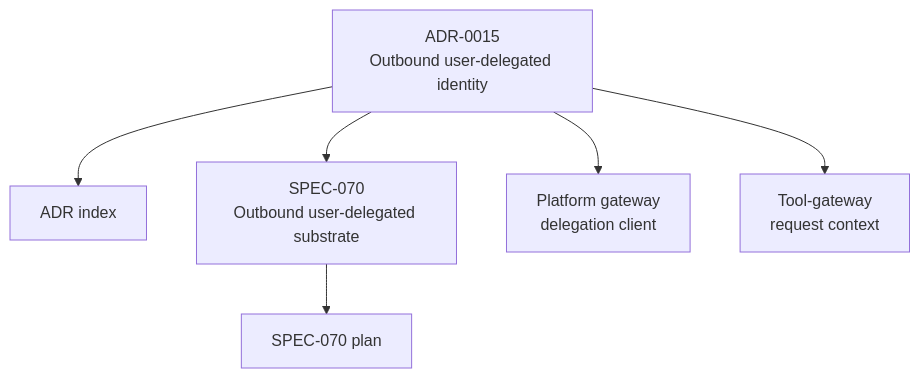
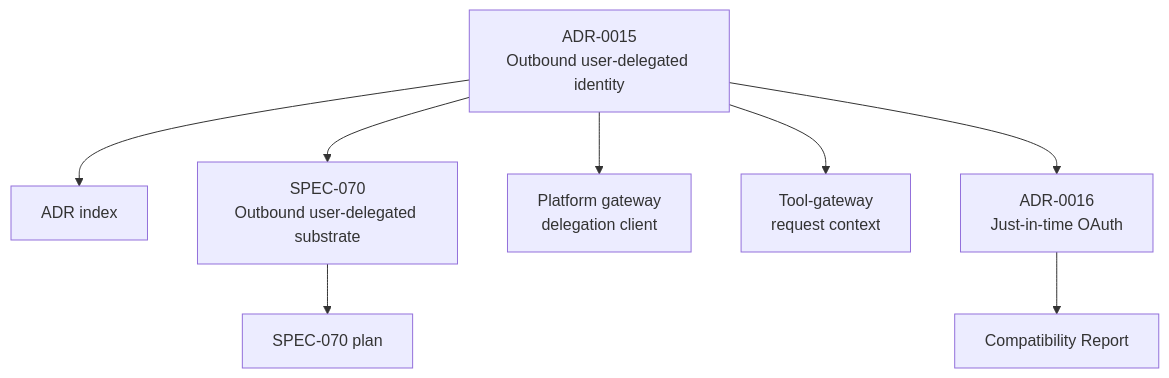
One commit to metasync/luban-aiops changed the first of 6 diagrams in .qoder/repowiki/en/content/Platform Overview/ADR-0015_ Outbound User-Delegated Identity via Per-User OAuth.md. Above: the diagram before and after it, drawn with Mermaid. The commit also changed other lines of this file and 24 other files, not shown here.

````diff
--- a/.qoder/repowiki/en/content/Platform Overview/ADR-0015_ Outbound User-Delegated Identity via Per-User OAuth.md
+++ b/.qoder/repowiki/en/content/Platform Overview/ADR-0015_ Outbound User-Delegated Identity via Per-User OAuth.md
@@ -32,14 +44,18 @@
 ```mermaid
 graph TB
 ADR["ADR-0015<br/>Outbound user-delegated identity"]
 INDEX["ADR index"]
 SPEC["SPEC-070<br/>Outbound user-delegated substrate"]
 PLAN["SPEC-070 plan"]
 GW["Platform gateway<br/>delegation client"]
 TC["Tool-gateway<br/>request context"]
+ADR16["ADR-0016<br/>Just-in-time OAuth"]
+COMPAT["Compatibility Report"]
 ADR --> INDEX
 ADR --> SPEC
+ADR --> ADR16
+ADR16 --> COMPAT
 SPEC --> PLAN
 ADR --> GW
 ADR --> TC
 ```
````
